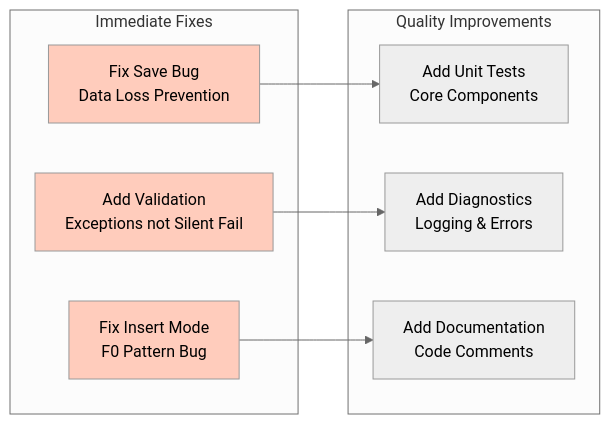
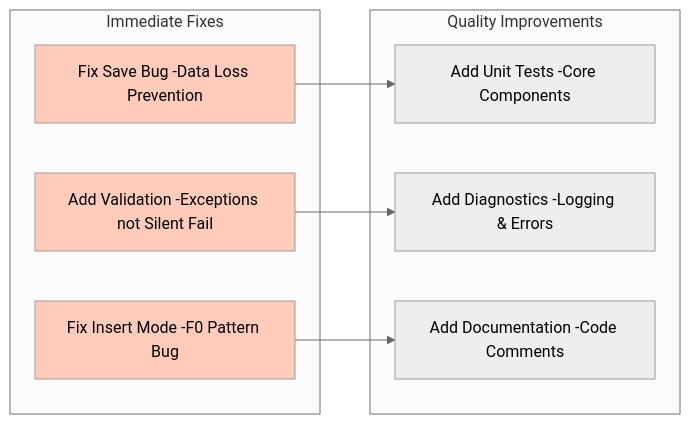
One commit to myd7349/WpfHexEditorControl changed diagram 24 of 24 in ARCHITECTURE_V2.md. Above: the diagram before and after it, drawn with Mermaid (neutral theme). The commit also changed other lines of this file, not shown here.

First line of the commit message:
Fix all remaining Mermaid diagram br tags for GitHub compatibility

````diff
--- a/ARCHITECTURE_V2.md
+++ b/ARCHITECTURE_V2.md
@@ -1692,22 +1692,22 @@
 ```mermaid
 graph LR
     subgraph "Immediate Fixes"
-        F1["Fix Save Bug<br/>Data Loss Prevention"]
-        F2["Add Validation<br/>Exceptions not Silent Fail"]
-        F3["Fix Insert Mode<br/>F0 Pattern Bug"]
+        F1["Fix Save Bug -Data Loss Prevention"]
+        F2["Add Validation -Exceptions not Silent Fail"]
+        F3["Fix Insert Mode -F0 Pattern Bug"]
     end
 
     subgraph "Quality Improvements"
-        Q1["Add Unit Tests<br/>Core Components"]
-        Q2["Add Diagnostics<br/>Logging & Errors"]
-        Q3["Add Documentation<br/>Code Comments"]
+        Q1["Add Unit Tests -Core Components"]
+        Q2["Add Diagnostics -Logging & Errors"]
+        Q3["Add Documentation -Code Comments"]
     end
 
     F1 --> Q1
     F2 --> Q2
     F3 --> Q3
 
     style F1 fill:#ffccbc
     style F2 fill:#ffccbc
     style F3 fill:#ffccbc
 ```
````
